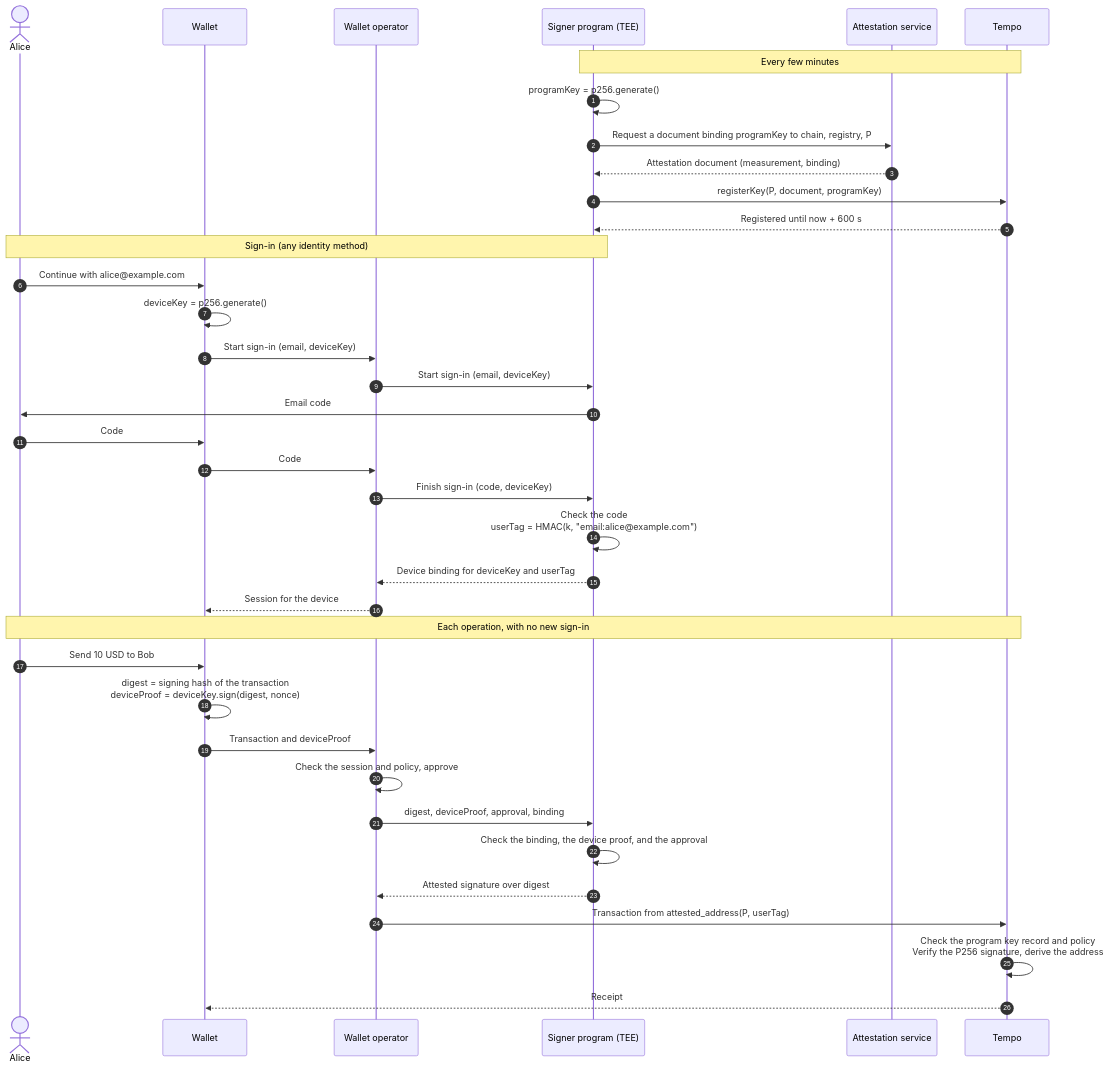
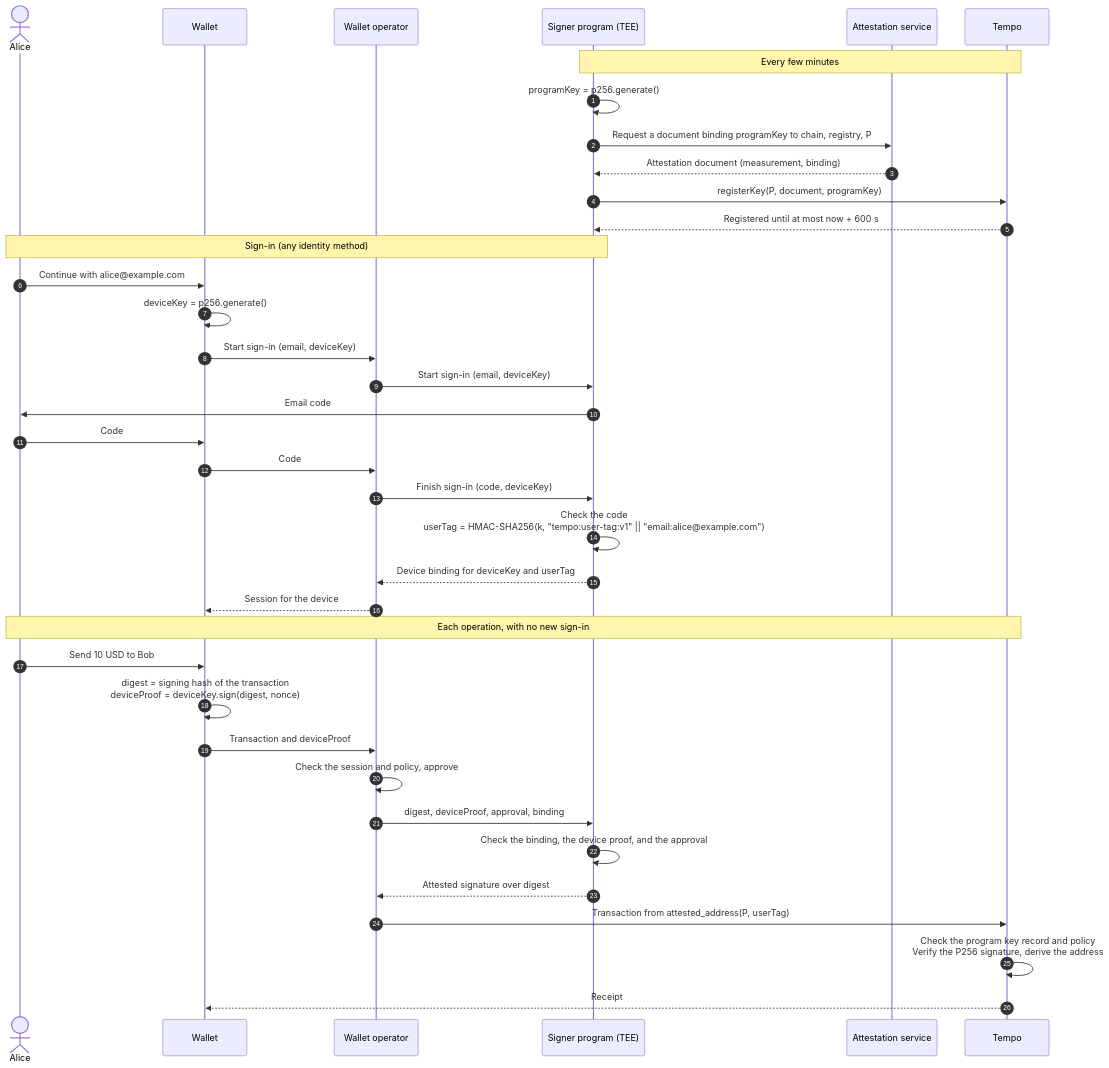
One commit to tempoxyz/tempo changed the diagram in docs/exp/attested-signers/tip-xxx1.md. Above: the diagram before and after it, drawn with Mermaid. The commit also changed other lines of this file and 4 other files, not shown here.

````diff
--- a/docs/exp/attested-signers/tip-xxx1.md
+++ b/docs/exp/attested-signers/tip-xxx1.md
@@ -112,42 +92,42 @@
 ```mermaid
 sequenceDiagram
     autonumber
     actor U as Alice
     participant W as Wallet
     participant O as Wallet operator
     participant S as Signer program (TEE)
     participant A as Attestation service
     participant T as Tempo
 
     Note over S,T: Every few minutes
     S->>S: programKey = p256.generate()
     S->>A: Request a document binding programKey to chain, registry, P
     A-->>S: Attestation document (measurement, binding)
     S->>T: registerKey(P, document, programKey)
-    T-->>S: Registered until now + 600 s
+    T-->>S: Registered until at most now + 600 s
 
     Note over U,S: Sign-in (any identity method)
     U->>W: Continue with alice@example.com
     W->>W: deviceKey = p256.generate()
     W->>O: Start sign-in (email, deviceKey)
     O->>S: Start sign-in (email, deviceKey)
     S->>U: Email code
     U->>W: Code
     W->>O: Code
     O->>S: Finish sign-in (code, deviceKey)
-    S->>S: Check the code<br/>userTag = HMAC(k, "email:alice@example.com")
+    S->>S: Check the code<br/>userTag = HMAC-SHA256(k, "tempo:user-tag:v1" || "email:alice@example.com")
     S-->>O: Device binding for deviceKey and userTag
     O-->>W: Session for the device
 
     Note over U,T: Each operation, with no new sign-in
     U->>W: Send 10 USD to Bob
     W->>W: digest = signing hash of the transaction<br/>deviceProof = deviceKey.sign(digest, nonce)
     W->>O: Transaction and deviceProof
     O->>O: Check the session and policy, approve
     O->>S: digest, deviceProof, approval, binding
     S->>S: Check the binding, the device proof, and the approval
     S-->>O: Attested signature over digest
     O->>T: Transaction from attested_address(P, userTag)
     T->>T: Check the program key record and policy<br/>Verify the P256 signature, derive the address
     T-->>W: Receipt
 ```
````
